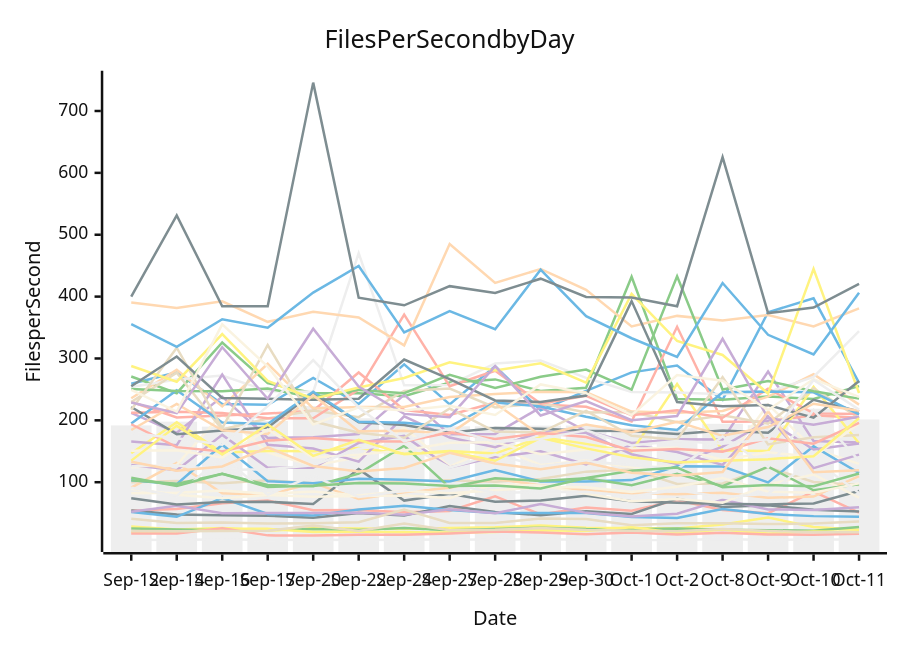
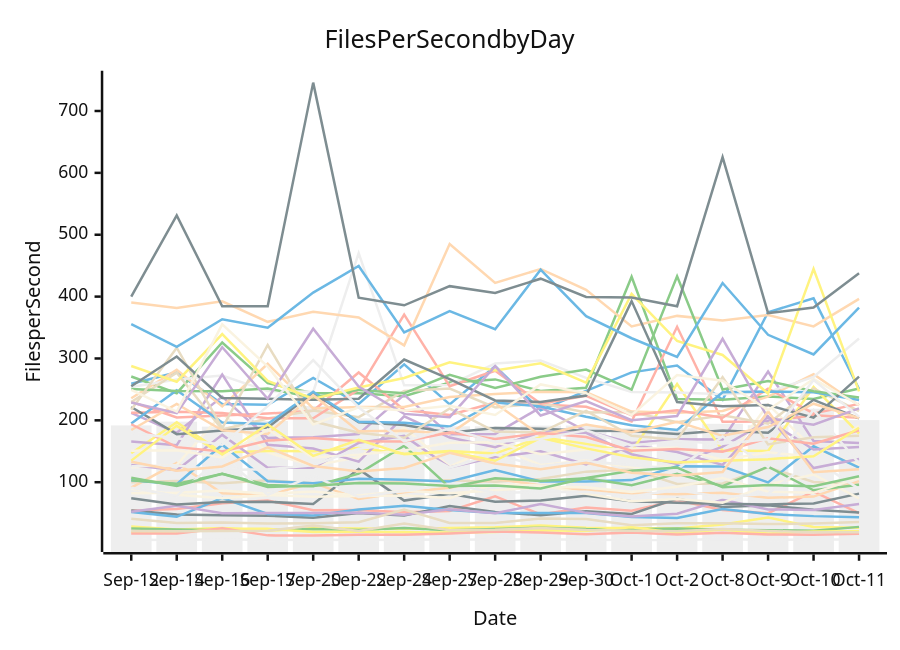
One commit to streetsidesoftware/cspell changed the diagram in perf-report.md. Above: the diagram before and after it, drawn with Mermaid (neutral theme). The commit also changed other lines of this file and 2 other files, not shown here.

````diff
--- a/perf-report.md
+++ b/perf-report.md
@@ -11,57 +11,57 @@
 ```mermaid
 xychart-beta
     title Files Per Second by Day
     y-axis Files per Second
     x-axis Date [Sep-12, Sep-14, Sep-16, Sep-17, Sep-20, Sep-22, Sep-24, Sep-27, Sep-28, Sep-29, Sep-30, Oct-1, Oct-2, Oct-8, Oct-9, Oct-10, Oct-11]
-    bar [191.83, 197.87, 189.83, 198.93, 223.14, 203.41, 191.85, 190.34, 190.33, 191.42, 191.65, 187.17, 187.29, 194.39, 192.05, 218.83, 201.41]
-    line [259.14, 277.45, 226.45, 225.10, 268.40, 226.40, 290.41, 225.84, 287.60, 216.33, 247.70, 277.53, 288.63, 233.16, 374.71, 397.16, 260.54]
-    line [270.83, 243.92, 325.88, 260.22, 243.99, 243.96, 239.11, 261.23, 266.19, 247.38, 252.69, 432.16, 234.56, 233.40, 238.56, 234.64, 255.34]
-    line [212.19, 179.89, 238.35, 171.61, 172.61, 177.91, 241.32, 177.39, 178.05, 221.01, 182.74, 163.48, 169.32, 168.97, 278.92, 166.54, 164.13]
-    line [99.90, 101.98, 98.46, 103.01, 98.38, 99.03, 101.47, 103.27, 100.93, 105.22, 117.10, 120.39, 97.23, 97.90, 123.96, 100.36, 95.40]
-    line [54.08, 56.65, 66.08, 70.58, 54.86, 55.17, 51.26, 53.54, 77.09, 47.84, 59.17, 54.01, 70.63, 55.18, 49.90, 84.72, 50.77]
-    line [28.54, 23.63, 25.87, 21.39, 25.97, 25.29, 24.28, 26.03, 27.14, 29.89, 26.22, 25.83, 25.33, 31.76, 42.94, 27.61, 23.26]
-    line [54.31, 47.78, 46.42, 45.99, 42.51, 50.42, 46.36, 61.34, 51.99, 46.51, 53.11, 48.59, 73.40, 59.94, 62.62, 55.56, 52.69]
-    line [91.26, 130.94, 82.16, 79.40, 98.84, 72.96, 83.85, 90.86, 105.55, 94.80, 87.05, 82.35, 80.71, 82.95, 74.90, 76.80, 110.02]
-    line [124.19, 127.77, 210.87, 148.03, 126.65, 140.55, 188.49, 125.20, 157.87, 127.91, 135.21, 124.24, 125.20, 125.79, 225.70, 154.24, 129.55]
-    line [6.93, 6.69, 7.98, 6.67, 6.83, 6.48, 7.18, 7.27, 6.94, 7.83, 6.98, 6.40, 6.43, 8.18, 6.76, 7.44, 7.31]
-    line [51.70, 44.11, 74.38, 48.80, 46.22, 56.03, 61.86, 55.07, 50.38, 50.26, 50.11, 43.90, 42.10, 56.81, 48.66, 45.19, 44.38]
-    line [25.15, 23.74, 22.20, 23.03, 24.38, 22.79, 25.90, 22.55, 24.52, 26.32, 24.36, 24.04, 25.09, 23.35, 22.45, 21.51, 27.46]
-    line [52.43, 61.82, 49.92, 50.20, 50.36, 50.54, 47.43, 56.40, 49.96, 64.67, 50.46, 44.40, 48.96, 71.61, 56.00, 55.29, 59.65]
-    line [41.14, 33.93, 34.79, 33.36, 33.83, 35.26, 55.80, 33.99, 34.03, 41.23, 40.49, 30.44, 33.53, 33.57, 32.29, 33.27, 36.38]
-    line [230.07, 204.55, 207.72, 211.00, 215.66, 277.45, 216.60, 208.75, 228.82, 225.46, 221.92, 198.17, 351.24, 197.76, 198.13, 208.30, 204.31]
-    line [146.78, 197.07, 148.01, 150.26, 150.22, 155.16, 146.16, 150.57, 146.25, 172.87, 161.95, 149.25, 258.77, 151.43, 150.43, 254.02, 163.04]
-    line [74.08, 63.80, 67.85, 68.28, 64.95, 121.18, 70.33, 81.37, 68.55, 70.46, 78.07, 69.43, 66.84, 65.37, 64.09, 65.74, 85.90]
-    line [235.76, 281.57, 222.43, 291.44, 219.17, 221.75, 221.55, 237.73, 242.39, 246.40, 245.33, 214.25, 212.38, 215.08, 238.25, 274.47, 225.43]
-    line [89.26, 79.87, 74.03, 79.32, 76.57, 77.71, 78.68, 74.59, 96.62, 94.86, 81.46, 69.18, 73.06, 66.65, 96.25, 112.51, 75.00]
-    line [253.99, 265.83, 272.53, 247.23, 246.03, 470.19, 256.56, 257.27, 291.74, 296.65, 268.66, 245.94, 244.92, 242.23, 245.65, 270.12, 344.37]
-    line [103.06, 96.78, 160.57, 101.71, 98.32, 105.51, 103.82, 101.18, 119.72, 101.30, 101.24, 103.40, 125.70, 125.48, 99.76, 158.05, 114.82]
-    line [102.97, 97.36, 113.44, 95.42, 93.37, 113.84, 158.94, 91.50, 106.48, 102.03, 106.46, 94.98, 113.77, 93.63, 125.18, 87.00, 96.89]
-    line [165.68, 159.91, 274.11, 160.48, 154.49, 133.29, 206.55, 172.23, 156.59, 180.95, 179.76, 145.22, 129.53, 157.39, 199.58, 152.82, 162.42]
-    line [229.76, 276.88, 185.15, 203.08, 216.06, 205.09, 247.61, 251.50, 220.80, 227.59, 212.73, 213.55, 197.04, 208.25, 194.51, 251.63, 203.87]
-    line [212.41, 213.84, 211.89, 203.30, 203.26, 249.81, 370.77, 255.08, 280.21, 227.10, 239.56, 208.40, 216.14, 204.22, 251.15, 211.26, 210.38]
-    line [19.65, 18.79, 24.79, 24.63, 19.73, 20.13, 19.16, 18.74, 19.48, 22.38, 21.10, 27.10, 18.00, 23.58, 17.31, 20.37, 20.10]
-    line [221.56, 177.63, 183.43, 188.58, 244.43, 196.97, 192.51, 179.82, 187.80, 186.23, 183.20, 182.62, 177.99, 183.70, 179.89, 233.14, 214.26]
-    line [390.41, 381.43, 392.33, 359.21, 375.60, 366.33, 321.23, 484.87, 422.08, 444.64, 410.96, 351.78, 368.84, 361.47, 370.09, 351.86, 381.07]
-    line [82.03, 82.90, 86.51, 81.41, 84.89, 78.73, 86.02, 82.17, 86.87, 92.07, 92.00, 84.24, 92.67, 106.68, 84.76, 82.82, 98.09]
-    line [90.96, 77.91, 142.49, 79.52, 110.64, 76.31, 85.79, 97.01, 82.92, 84.16, 84.72, 77.34, 87.34, 75.86, 81.29, 136.91, 82.67]
-    line [194.84, 248.77, 196.63, 194.10, 246.18, 197.54, 195.96, 190.07, 228.82, 222.46, 205.73, 192.21, 184.58, 245.51, 246.82, 245.36, 209.51]
-    line [250.64, 247.49, 246.97, 251.50, 236.84, 249.23, 243.91, 273.74, 252.33, 270.33, 282.14, 249.68, 432.83, 249.77, 263.65, 247.10, 235.08]
-    line [127.69, 119.42, 176.53, 123.45, 123.33, 163.66, 174.86, 123.76, 140.60, 149.87, 128.75, 160.37, 148.80, 127.97, 206.50, 122.84, 144.66]
-    line [217.04, 317.36, 187.32, 321.78, 198.42, 179.83, 171.82, 219.08, 181.95, 180.26, 215.27, 175.03, 168.70, 269.72, 161.18, 172.81, 176.44]
-    line [17.01, 17.04, 25.59, 14.10, 13.68, 15.06, 15.07, 17.30, 20.40, 18.84, 16.01, 18.80, 15.62, 18.14, 15.49, 15.23, 16.75]
-    line [287.76, 262.40, 339.51, 263.75, 234.66, 253.01, 268.39, 293.97, 280.40, 292.26, 260.88, 404.51, 328.53, 305.64, 243.36, 444.70, 244.18]
-    line [255.09, 303.17, 236.15, 234.71, 233.17, 234.84, 298.34, 266.72, 232.18, 229.70, 240.06, 392.72, 229.48, 222.78, 224.66, 204.36, 263.44]
-    line [184.39, 226.41, 183.84, 178.08, 240.62, 182.34, 183.11, 178.48, 227.71, 175.37, 193.07, 180.70, 197.68, 174.97, 189.16, 226.87, 215.48]
-    line [150.67, 151.50, 140.12, 185.15, 139.87, 144.59, 151.47, 163.76, 164.48, 145.07, 153.00, 154.07, 155.61, 136.07, 148.26, 141.19, 194.77]
-    line [125.66, 126.89, 119.89, 121.04, 127.46, 154.00, 162.49, 123.69, 144.71, 125.72, 134.25, 127.46, 121.17, 173.95, 124.58, 216.72, 134.59]
-    line [355.63, 318.90, 363.44, 349.72, 406.48, 449.44, 342.12, 376.67, 347.31, 443.48, 368.45, 332.70, 302.48, 422.03, 338.21, 306.48, 406.30]
-    line [107.06, 93.89, 113.70, 92.25, 94.28, 98.57, 98.01, 93.82, 94.62, 89.71, 106.79, 118.50, 123.61, 91.76, 95.32, 93.61, 114.04]
-    line [228.82, 211.67, 318.15, 234.86, 348.02, 254.54, 210.42, 205.10, 287.53, 207.85, 231.21, 200.22, 207.10, 331.74, 203.63, 192.81, 205.88]
-    line [21.07, 20.76, 21.20, 21.42, 29.89, 21.10, 33.29, 22.21, 22.99, 25.81, 22.79, 21.40, 20.78, 24.57, 21.27, 19.07, 18.94]
-    line [193.68, 156.67, 149.67, 167.24, 171.44, 166.11, 165.94, 180.17, 169.69, 179.61, 173.13, 150.88, 153.50, 149.45, 170.98, 162.38, 195.73]
-    line [134.89, 191.12, 144.91, 193.30, 142.56, 168.42, 145.10, 149.37, 134.63, 171.73, 154.69, 140.49, 131.94, 134.65, 137.28, 142.04, 203.45]
-    line [400.11, 531.12, 384.37, 384.60, 745.85, 398.12, 385.90, 416.89, 405.74, 428.96, 399.50, 398.65, 384.43, 625.58, 373.38, 382.28, 420.55]
-    line [133.12, 118.61, 125.51, 156.41, 126.36, 117.29, 122.97, 147.55, 130.31, 120.84, 131.56, 115.38, 110.82, 116.53, 214.42, 116.00, 119.25]
-    line [249.06, 214.17, 355.08, 286.90, 193.09, 220.97, 216.09, 223.67, 208.59, 258.02, 244.00, 208.42, 273.15, 264.14, 216.71, 266.75, 237.87]
-    line [179.54, 171.09, 160.76, 222.99, 297.37, 220.86, 165.88, 186.63, 165.05, 169.83, 183.91, 159.55, 166.58, 162.12, 169.35, 265.31, 217.34]
+    bar [191.83, 197.87, 189.83, 198.93, 223.14, 203.41, 191.85, 190.34, 190.33, 191.42, 191.65, 187.17, 187.29, 194.39, 192.05, 218.83, 200.43]
+    line [259.14, 277.45, 226.45, 225.10, 268.40, 226.40, 290.41, 225.84, 287.60, 216.33, 247.70, 277.53, 288.63, 233.16, 374.71, 397.16, 250.69]
+    line [270.83, 243.92, 325.88, 260.22, 243.99, 243.96, 239.11, 261.23, 266.19, 247.38, 252.69, 432.16, 234.56, 233.40, 238.56, 234.64, 251.35]
+    line [212.19, 179.89, 238.35, 171.61, 172.61, 177.91, 241.32, 177.39, 178.05, 221.01, 182.74, 163.48, 169.32, 168.97, 278.92, 166.54, 163.26]
+    line [99.90, 101.98, 98.46, 103.01, 98.38, 99.03, 101.47, 103.27, 100.93, 105.22, 117.10, 120.39, 97.23, 97.90, 123.96, 100.36, 96.36]
+    line [54.08, 56.65, 66.08, 70.58, 54.86, 55.17, 51.26, 53.54, 77.09, 47.84, 59.17, 54.01, 70.63, 55.18, 49.90, 84.72, 50.16]
+    line [28.54, 23.63, 25.87, 21.39, 25.97, 25.29, 24.28, 26.03, 27.14, 29.89, 26.22, 25.83, 25.33, 31.76, 42.94, 27.61, 26.45]
+    line [54.31, 47.78, 46.42, 45.99, 42.51, 50.42, 46.36, 61.34, 51.99, 46.51, 53.11, 48.59, 73.40, 59.94, 62.62, 55.56, 51.03]
+    line [91.26, 130.94, 82.16, 79.40, 98.84, 72.96, 83.85, 90.86, 105.55, 94.80, 87.05, 82.35, 80.71, 82.95, 74.90, 76.80, 101.70]
+    line [124.19, 127.77, 210.87, 148.03, 126.65, 140.55, 188.49, 125.20, 157.87, 127.91, 135.21, 124.24, 125.20, 125.79, 225.70, 154.24, 128.09]
+    line [6.93, 6.69, 7.98, 6.67, 6.83, 6.48, 7.18, 7.27, 6.94, 7.83, 6.98, 6.40, 6.43, 8.18, 6.76, 7.44, 7.61]
+    line [51.70, 44.11, 74.38, 48.80, 46.22, 56.03, 61.86, 55.07, 50.38, 50.26, 50.11, 43.90, 42.10, 56.81, 48.66, 45.19, 43.49]
+    line [25.15, 23.74, 22.20, 23.03, 24.38, 22.79, 25.90, 22.55, 24.52, 26.32, 24.36, 24.04, 25.09, 23.35, 22.45, 21.51, 27.81]
+    line [52.43, 61.82, 49.92, 50.20, 50.36, 50.54, 47.43, 56.40, 49.96, 64.67, 50.46, 44.40, 48.96, 71.61, 56.00, 55.29, 64.77]
+    line [41.14, 33.93, 34.79, 33.36, 33.83, 35.26, 55.80, 33.99, 34.03, 41.23, 40.49, 30.44, 33.53, 33.57, 32.29, 33.27, 35.50]
+    line [230.07, 204.55, 207.72, 211.00, 215.66, 277.45, 216.60, 208.75, 228.82, 225.46, 221.92, 198.17, 351.24, 197.76, 198.13, 208.30, 204.30]
+    line [146.78, 197.07, 148.01, 150.26, 150.22, 155.16, 146.16, 150.57, 146.25, 172.87, 161.95, 149.25, 258.77, 151.43, 150.43, 254.02, 178.69]
+    line [74.08, 63.80, 67.85, 68.28, 64.95, 121.18, 70.33, 81.37, 68.55, 70.46, 78.07, 69.43, 66.84, 65.37, 64.09, 65.74, 81.60]
+    line [235.76, 281.57, 222.43, 291.44, 219.17, 221.75, 221.55, 237.73, 242.39, 246.40, 245.33, 214.25, 212.38, 215.08, 238.25, 274.47, 224.07]
+    line [89.26, 79.87, 74.03, 79.32, 76.57, 77.71, 78.68, 74.59, 96.62, 94.86, 81.46, 69.18, 73.06, 66.65, 96.25, 112.51, 73.74]
+    line [253.99, 265.83, 272.53, 247.23, 246.03, 470.19, 256.56, 257.27, 291.74, 296.65, 268.66, 245.94, 244.92, 242.23, 245.65, 270.12, 332.33]
+    line [103.06, 96.78, 160.57, 101.71, 98.32, 105.51, 103.82, 101.18, 119.72, 101.30, 101.24, 103.40, 125.70, 125.48, 99.76, 158.05, 123.70]
+    line [102.97, 97.36, 113.44, 95.42, 93.37, 113.84, 158.94, 91.50, 106.48, 102.03, 106.46, 94.98, 113.77, 93.63, 125.18, 87.00, 95.73]
+    line [165.68, 159.91, 274.11, 160.48, 154.49, 133.29, 206.55, 172.23, 156.59, 180.95, 179.76, 145.22, 129.53, 157.39, 199.58, 152.82, 156.77]
+    line [229.76, 276.88, 185.15, 203.08, 216.06, 205.09, 247.61, 251.50, 220.80, 227.59, 212.73, 213.55, 197.04, 208.25, 194.51, 251.63, 214.96]
+    line [212.41, 213.84, 211.89, 203.30, 203.26, 249.81, 370.77, 255.08, 280.21, 227.10, 239.56, 208.40, 216.14, 204.22, 251.15, 211.26, 226.64]
+    line [19.65, 18.79, 24.79, 24.63, 19.73, 20.13, 19.16, 18.74, 19.48, 22.38, 21.10, 27.10, 18.00, 23.58, 17.31, 20.37, 20.61]
+    line [221.56, 177.63, 183.43, 188.58, 244.43, 196.97, 192.51, 179.82, 187.80, 186.23, 183.20, 182.62, 177.99, 183.70, 179.89, 233.14, 203.30]
+    line [390.41, 381.43, 392.33, 359.21, 375.60, 366.33, 321.23, 484.87, 422.08, 444.64, 410.96, 351.78, 368.84, 361.47, 370.09, 351.86, 396.22]
+    line [82.03, 82.90, 86.51, 81.41, 84.89, 78.73, 86.02, 82.17, 86.87, 92.07, 92.00, 84.24, 92.67, 106.68, 84.76, 82.82, 107.00]
+    line [90.96, 77.91, 142.49, 79.52, 110.64, 76.31, 85.79, 97.01, 82.92, 84.16, 84.72, 77.34, 87.34, 75.86, 81.29, 136.91, 89.30]
+    line [194.84, 248.77, 196.63, 194.10, 246.18, 197.54, 195.96, 190.07, 228.82, 222.46, 205.73, 192.21, 184.58, 245.51, 246.82, 245.36, 232.94]
+    line [250.64, 247.49, 246.97, 251.50, 236.84, 249.23, 243.91, 273.74, 252.33, 270.33, 282.14, 249.68, 432.83, 249.77, 263.65, 247.10, 237.07]
+    line [127.69, 119.42, 176.53, 123.45, 123.33, 163.66, 174.86, 123.76, 140.60, 149.87, 128.75, 160.37, 148.80, 127.97, 206.50, 122.84, 137.51]
+    line [217.04, 317.36, 187.32, 321.78, 198.42, 179.83, 171.82, 219.08, 181.95, 180.26, 215.27, 175.03, 168.70, 269.72, 161.18, 172.81, 175.13]
+    line [17.01, 17.04, 25.59, 14.10, 13.68, 15.06, 15.07, 17.30, 20.40, 18.84, 16.01, 18.80, 15.62, 18.14, 15.49, 15.23, 16.77]
+    line [287.76, 262.40, 339.51, 263.75, 234.66, 253.01, 268.39, 293.97, 280.40, 292.26, 260.88, 404.51, 328.53, 305.64, 243.36, 444.70, 246.80]
+    line [255.09, 303.17, 236.15, 234.71, 233.17, 234.84, 298.34, 266.72, 232.18, 229.70, 240.06, 392.72, 229.48, 222.78, 224.66, 204.36, 270.74]
+    line [184.39, 226.41, 183.84, 178.08, 240.62, 182.34, 183.11, 178.48, 227.71, 175.37, 193.07, 180.70, 197.68, 174.97, 189.16, 226.87, 203.82]
+    line [150.67, 151.50, 140.12, 185.15, 139.87, 144.59, 151.47, 163.76, 164.48, 145.07, 153.00, 154.07, 155.61, 136.07, 148.26, 141.19, 191.05]
+    line [125.66, 126.89, 119.89, 121.04, 127.46, 154.00, 162.49, 123.69, 144.71, 125.72, 134.25, 127.46, 121.17, 173.95, 124.58, 216.72, 130.54]
+    line [355.63, 318.90, 363.44, 349.72, 406.48, 449.44, 342.12, 376.67, 347.31, 443.48, 368.45, 332.70, 302.48, 422.03, 338.21, 306.48, 382.03]
+    line [107.06, 93.89, 113.70, 92.25, 94.28, 98.57, 98.01, 93.82, 94.62, 89.71, 106.79, 118.50, 123.61, 91.76, 95.32, 93.61, 109.51]
+    line [228.82, 211.67, 318.15, 234.86, 348.02, 254.54, 210.42, 205.10, 287.53, 207.85, 231.21, 200.22, 207.10, 331.74, 203.63, 192.81, 219.39]
+    line [21.07, 20.76, 21.20, 21.42, 29.89, 21.10, 33.29, 22.21, 22.99, 25.81, 22.79, 21.40, 20.78, 24.57, 21.27, 19.07, 19.28]
+    line [193.68, 156.67, 149.67, 167.24, 171.44, 166.11, 165.94, 180.17, 169.69, 179.61, 173.13, 150.88, 153.50, 149.45, 170.98, 162.38, 183.87]
+    line [134.89, 191.12, 144.91, 193.30, 142.56, 168.42, 145.10, 149.37, 134.63, 171.73, 154.69, 140.49, 131.94, 134.65, 137.28, 142.04, 188.09]
+    line [400.11, 531.12, 384.37, 384.60, 745.85, 398.12, 385.90, 416.89, 405.74, 428.96, 399.50, 398.65, 384.43, 625.58, 373.38, 382.28, 437.75]
+    line [133.12, 118.61, 125.51, 156.41, 126.36, 117.29, 122.97, 147.55, 130.31, 120.84, 131.56, 115.38, 110.82, 116.53, 214.42, 116.00, 120.78]
+    line [249.06, 214.17, 355.08, 286.90, 193.09, 220.97, 216.09, 223.67, 208.59, 258.02, 244.00, 208.42, 273.15, 264.14, 216.71, 266.75, 224.74]
+    line [179.54, 171.09, 160.76, 222.99, 297.37, 220.86, 165.88, 186.63, 165.05, 169.83, 183.91, 159.55, 166.58, 162.12, 169.35, 265.31, 205.98]
 ```
````
